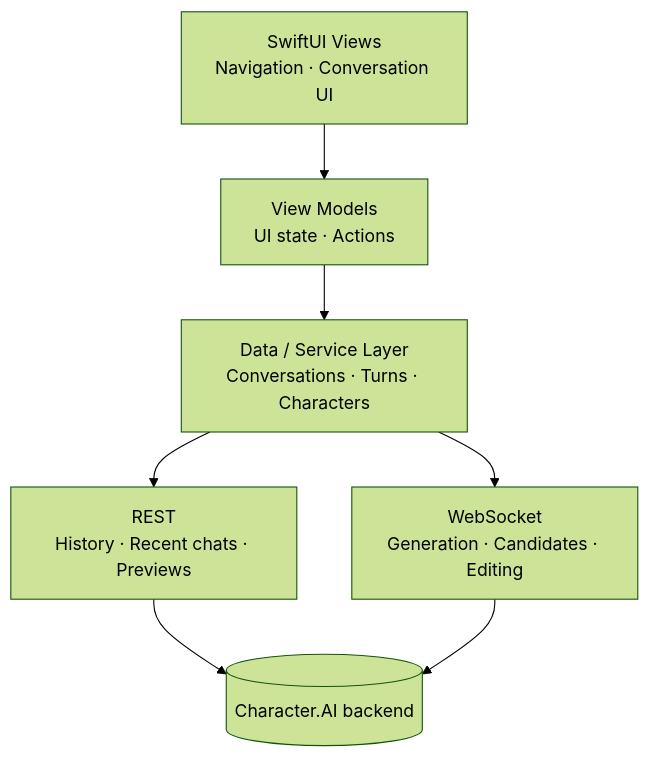
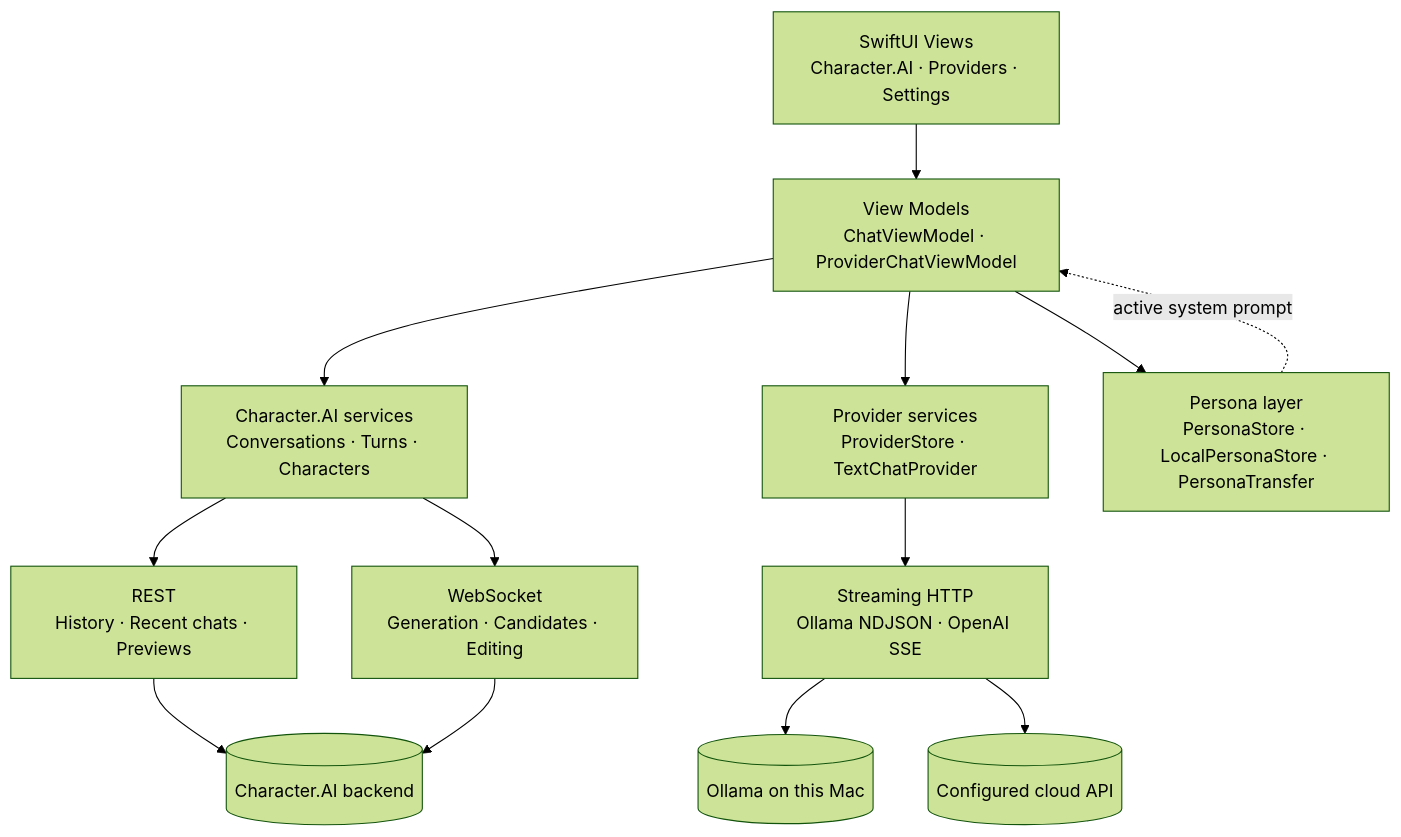
The diagram in README.md (KodyMorrison3/Veyrin), drawn with Mermaid (forest theme) before and after one commit. The commit also changed other lines of this file and 17 other files, not shown here.

First line of the commit message:
Add portable personas for provider chats

````diff
--- a/README.md
+++ b/README.md
@@ -101,9 +110,15 @@
 ```mermaid
 flowchart TD
-    A["SwiftUI Views<br/>Navigation · Conversation UI"] --> B["View Models<br/>UI state · Actions"]
-    B --> C["Data / Service Layer<br/>Conversations · Turns · Characters"]
-    C --> D["REST<br/>History · Recent chats · Previews"]
-    C --> E["WebSocket<br/>Generation · Candidates · Editing"]
-    D --> F[("Character.AI backend")]
-    E --> F
+    A["SwiftUI Views<br/>Character.AI · Providers · Settings"] --> B["View Models<br/>ChatViewModel · ProviderChatViewModel"]
+    B --> C["Character.AI services<br/>Conversations · Turns · Characters"]
+    B --> D["Provider services<br/>ProviderStore · TextChatProvider"]
+    B --> P["Persona layer<br/>PersonaStore · LocalPersonaStore · PersonaTransfer"]
+    C --> E["REST<br/>History · Recent chats · Previews"]
+    C --> F["WebSocket<br/>Generation · Candidates · Editing"]
+    D --> G["Streaming HTTP<br/>Ollama NDJSON · OpenAI SSE"]
+    E --> H[("Character.AI backend")]
+    F --> H
+    G --> I[("Ollama on this Mac")]
+    G --> J[("Configured cloud API")]
+    P -.->|active system prompt| B
 ```
````
